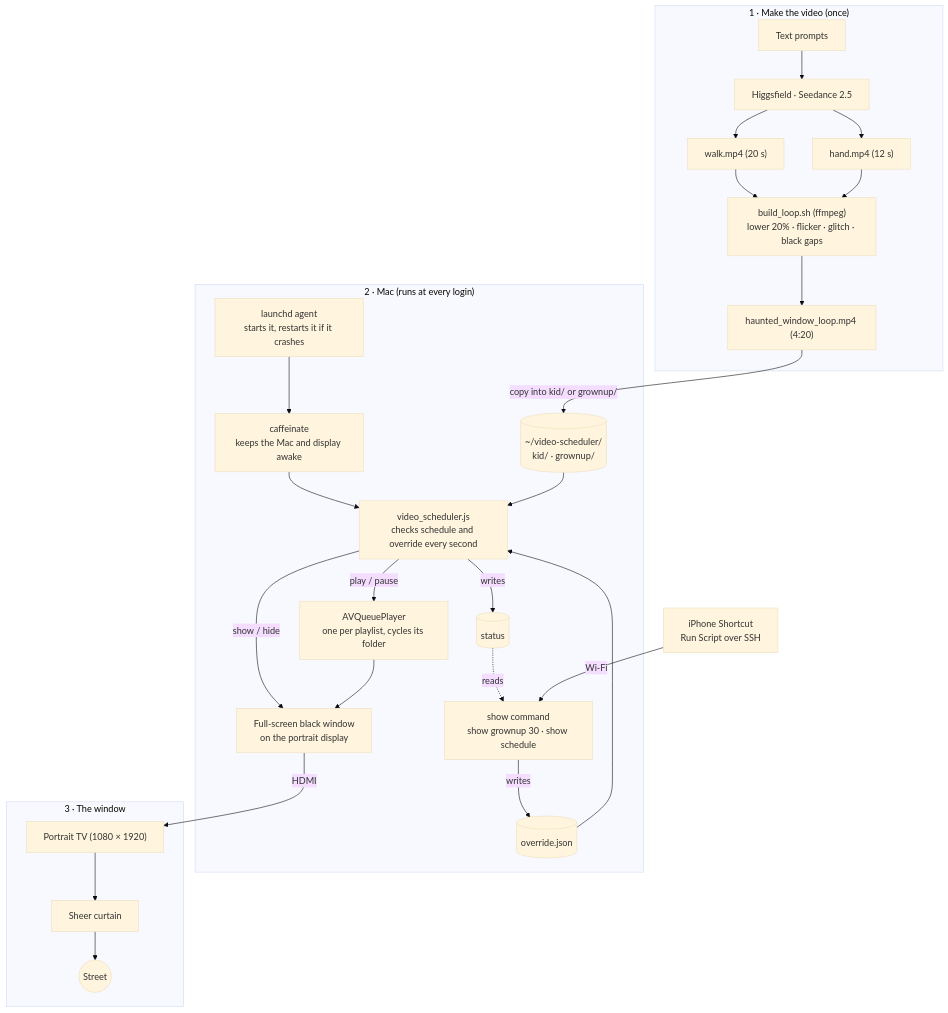
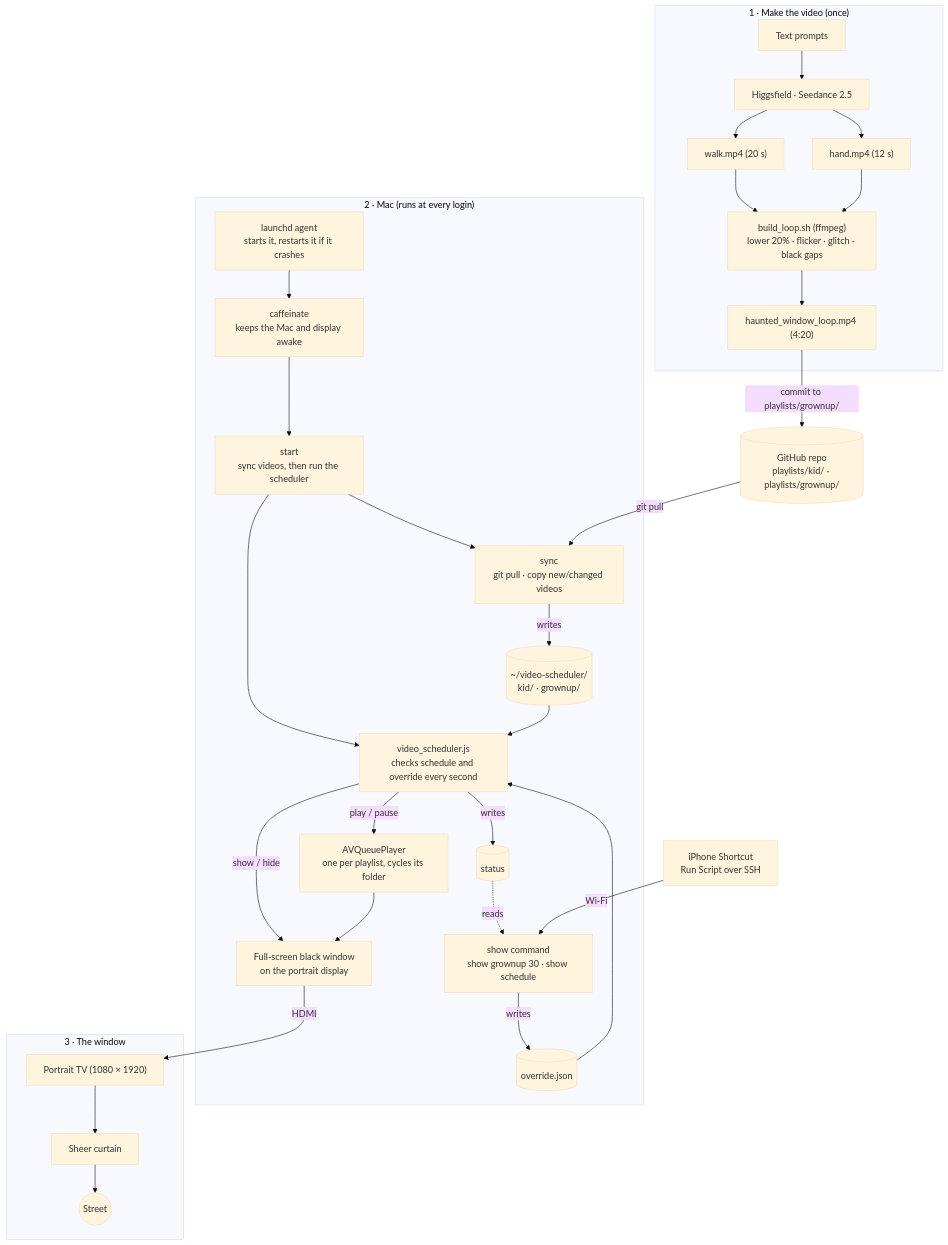
One commit to ndipatri/HalloweenWindowDisplay changed the diagram in README.md. Above: the diagram before and after it, drawn with Mermaid (base theme). The commit also changed other lines of this file and 5 other files, not shown here.

First line of the commit message:
Keep videos in the repo and sync them to the Mac before the scheduler runs

````diff
--- a/README.md
+++ b/README.md
@@ -40,33 +38,38 @@
 ```mermaid
 flowchart TB
   subgraph make["1 · Make the video (once)"]
     prompts["Text prompts"] --> hf["Higgsfield · Seedance 2.5"]
     hf --> walk["walk.mp4 (20 s)"]
     hf --> hand["hand.mp4 (12 s)"]
     walk --> build["build_loop.sh (ffmpeg)<br/>lower 20% · flicker · glitch · black gaps"]
     hand --> build
     build --> video["haunted_window_loop.mp4 (4:20)"]
   end
 
   subgraph mac["2 · Mac (runs at every login)"]
     launchd["launchd agent<br/>starts it, restarts it if it crashes"] --> caff["caffeinate<br/>keeps the Mac and display awake"]
-    caff --> sched["video_scheduler.js<br/>checks schedule and override every second"]
-    folders[("~/video-scheduler/<br/>kid/ · grownup/")] --> sched
+    caff --> start
+    sched["video_scheduler.js<br/>checks schedule and override every second"]
+    start["start<br/>sync videos, then run the scheduler"] --> sched
+    sync["sync<br/>git pull · copy new/changed videos"] -- "writes" --> folders[("~/video-scheduler/<br/>kid/ · grownup/")]
+    start --> sync
+    folders --> sched
     show["show command<br/>show grownup 30 · show schedule"] -- "writes" --> override[("override.json")]
     override --> sched
     sched -- "writes" --> status[("status")]
     status -. "reads" .-> show
     sched -- "play / pause" --> queue["AVQueuePlayer<br/>one per playlist, cycles its folder"]
     sched -- "show / hide" --> win["Full-screen black window<br/>on the portrait display"]
     queue --> win
   end
 
   phone["iPhone Shortcut<br/>Run Script over SSH"] -- "Wi-Fi" --> show
 
   subgraph room["3 · The window"]
     tv["Portrait TV (1080 × 1920)"] --> curtain["Sheer curtain"] --> street(("Street"))
   end
 
-  video -- "copy into kid/ or grownup/" --> folders
+  video -- "commit to playlists/grownup/" --> github[("GitHub repo<br/>playlists/kid/ · playlists/grownup/")]
+  github -- "git pull" --> sync
   win -- "HDMI" --> tv
 ```
````
